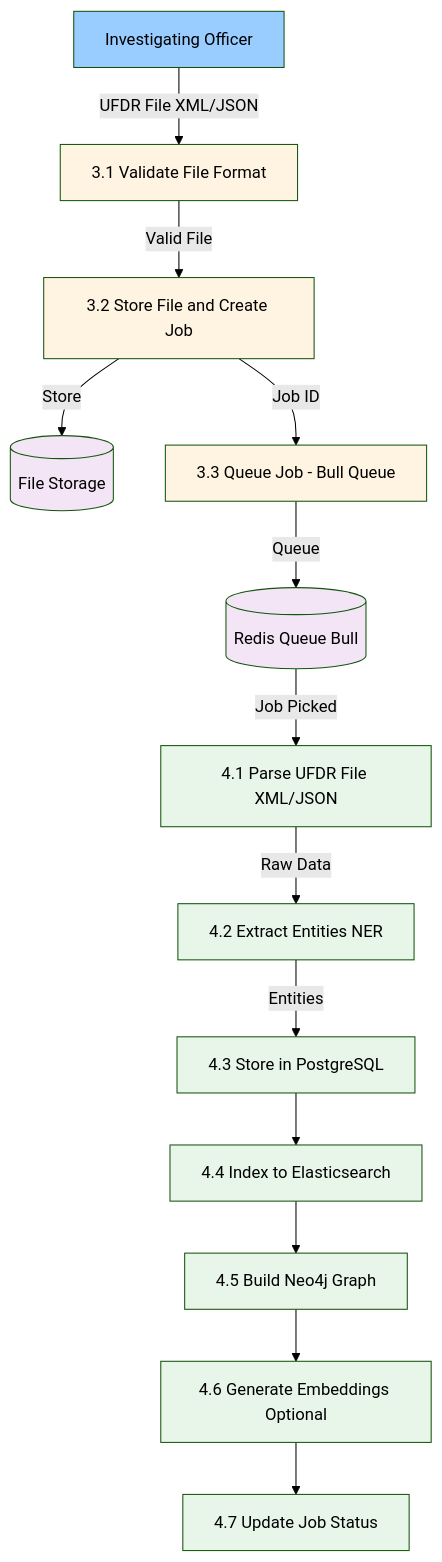
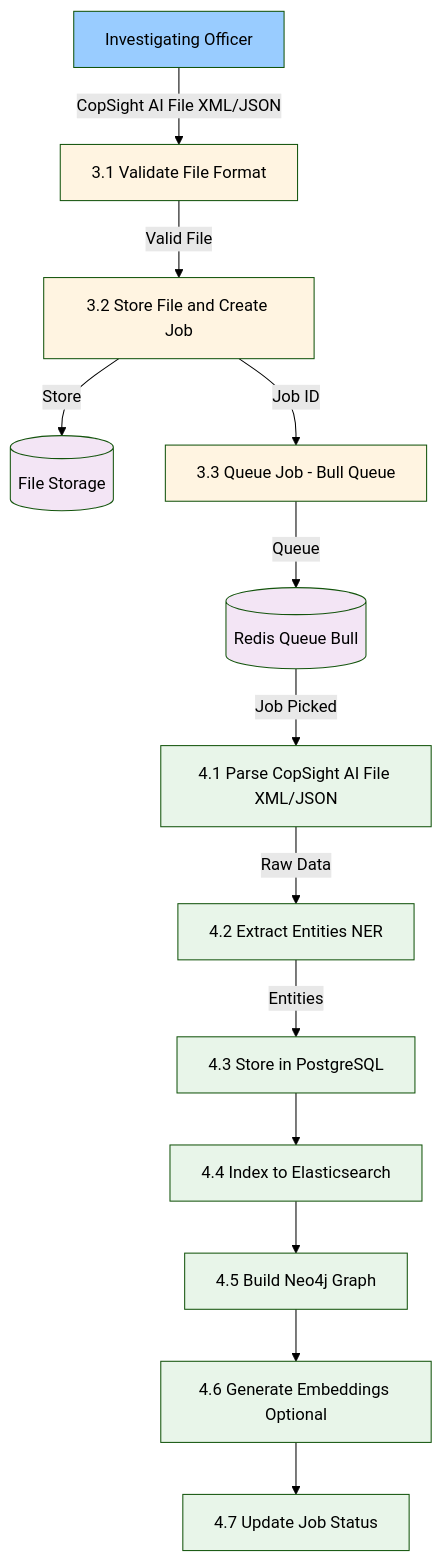
One commit to beingbrijesh/CopSight changed the third of 5 diagrams in DATA-FLOW-DIAGRAM.md. Above: the diagram before and after it, drawn with Mermaid (forest theme). The commit also changed other lines of this file and 90 other files, not shown here.

Commit message:
chore: Rebrand to CopSight AI and update infrastructure

````diff
--- a/DATA-FLOW-DIAGRAM.md
+++ b/DATA-FLOW-DIAGRAM.md
@@ -94,45 +94,45 @@
 ```mermaid
 flowchart TD
     IO[Investigating Officer]
     
     P31[3.1 Validate File Format]
     P32[3.2 Store File and Create Job]
     FS[(File Storage)]
     P33[3.3 Queue Job - Bull Queue]
     RQ[(Redis Queue Bull)]
     
-    P41[4.1 Parse UFDR File XML/JSON]
+    P41[4.1 Parse CopSight AI File XML/JSON]
     P42[4.2 Extract Entities NER]
     P43[4.3 Store in PostgreSQL]
     P44[4.4 Index to Elasticsearch]
     P45[4.5 Build Neo4j Graph]
     P46[4.6 Generate Embeddings Optional]
     P47[4.7 Update Job Status]
     
-    IO -->|UFDR File XML/JSON| P31
+    IO -->|CopSight AI File XML/JSON| P31
     P31 -->|Valid File| P32
     P32 -->|Store| FS
     P32 -->|Job ID| P33
     P33 -->|Queue| RQ
     RQ -->|Job Picked| P41
     P41 -->|Raw Data| P42
     P42 -->|Entities| P43
     P43 --> P44
     P44 --> P45
     P45 --> P46
     P46 --> P47
     
     style IO fill:#99ccff
     style P31 fill:#fff4e1
     style P32 fill:#fff4e1
     style P33 fill:#fff4e1
     style P41 fill:#e8f5e9
     style P42 fill:#e8f5e9
     style P43 fill:#e8f5e9
     style P44 fill:#e8f5e9
     style P45 fill:#e8f5e9
     style P46 fill:#e8f5e9
     style P47 fill:#e8f5e9
     style FS fill:#f3e5f5
     style RQ fill:#f3e5f5
 ```
````
